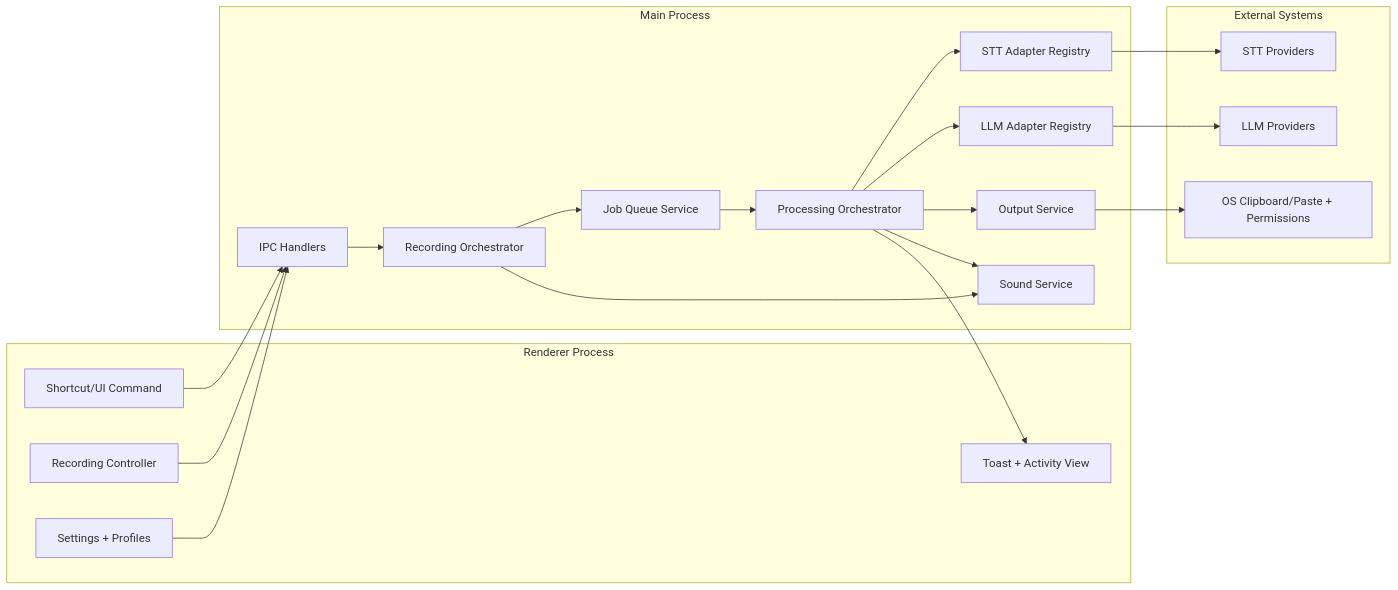
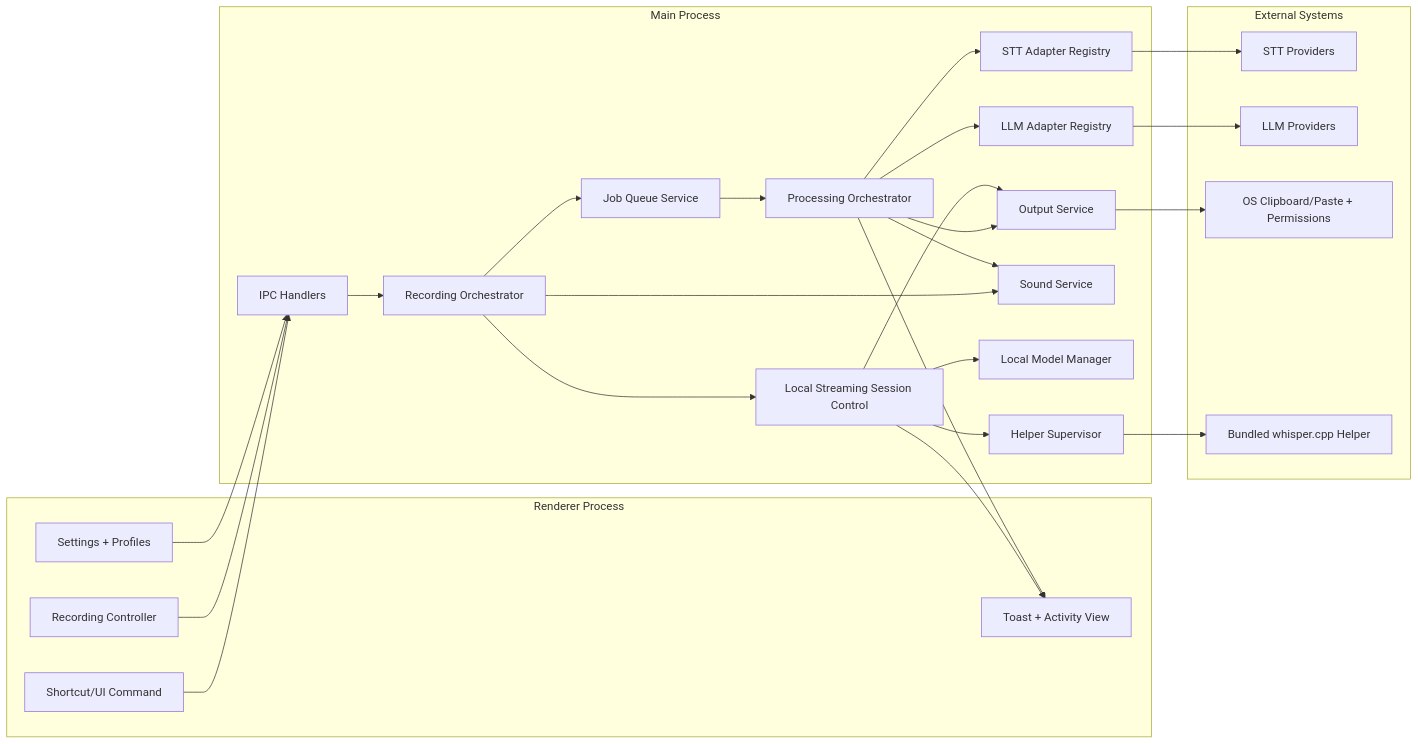
Before and after one commit to massun-onibakuchi/speech-to-text-app: the first of 8 diagrams in specs/spec.md, drawn with Mermaid. The commit also changed other lines of this file and 2 other files, not shown here.

Commit message:
docs: decide local streaming runtime architecture

````diff
--- a/specs/spec.md
+++ b/specs/spec.md
@@ -97,39 +97,48 @@
 ```mermaid
 flowchart LR
   subgraph UI[Renderer Process]
     A[Shortcut/UI Command]
     B[Recording Controller]
     C[Settings + Profiles]
     D[Toast + Activity View]
   end
 
   subgraph MAIN[Main Process]
     E[IPC Handlers]
     F[Recording Orchestrator]
     G[Job Queue Service]
     H[Processing Orchestrator]
     I[STT Adapter Registry]
     J[LLM Adapter Registry]
     K[Output Service]
     L[Sound Service]
+    M[Local Streaming Session Control]
+    Q[Local Model Manager]
+    R[Helper Supervisor]
   end
 
   subgraph EXT[External Systems]
     N[STT Providers]
     O[LLM Providers]
     P[OS Clipboard/Paste + Permissions]
+    S[Bundled whisper.cpp Helper]
   end
 
   A --> E
   B --> E
   C --> E
   E --> F
   F --> G
   G --> H
   H --> I --> N
   H --> J --> O
   H --> K --> P
+  F --> M
+  M --> Q
+  M --> R --> S
+  M --> K
+  M --> D
   F --> L
   H --> L
   H --> D
 ```
````
